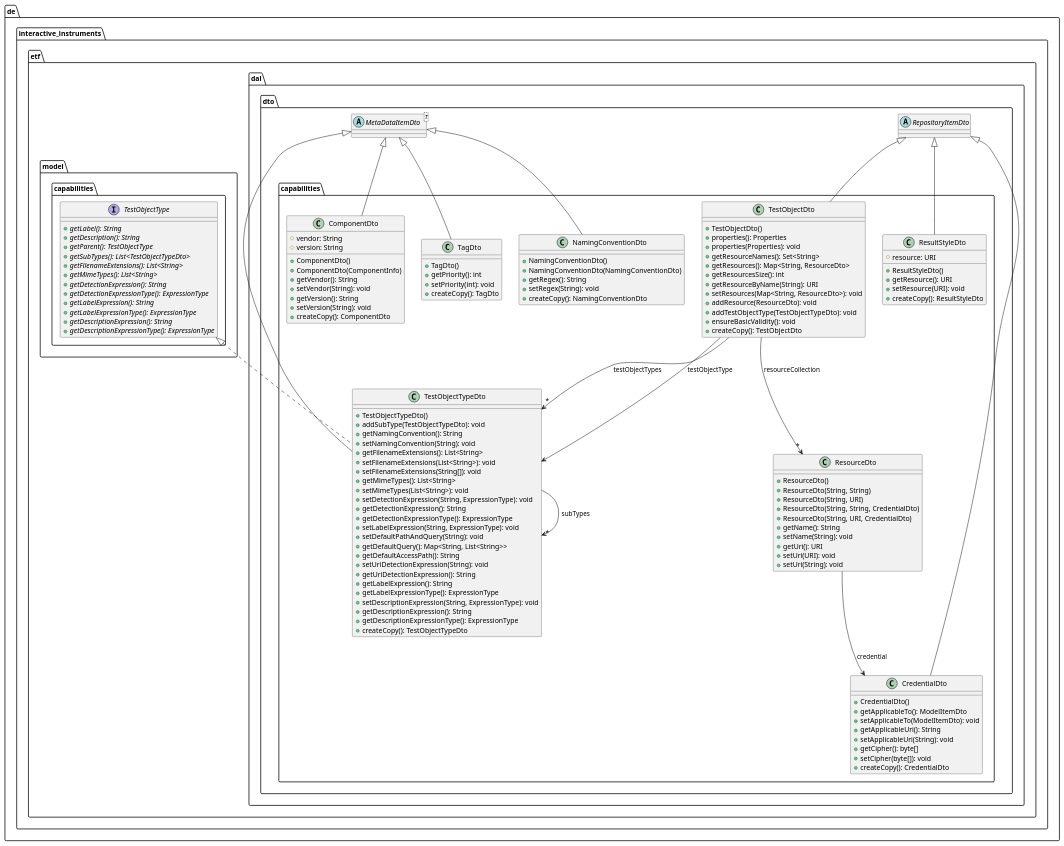
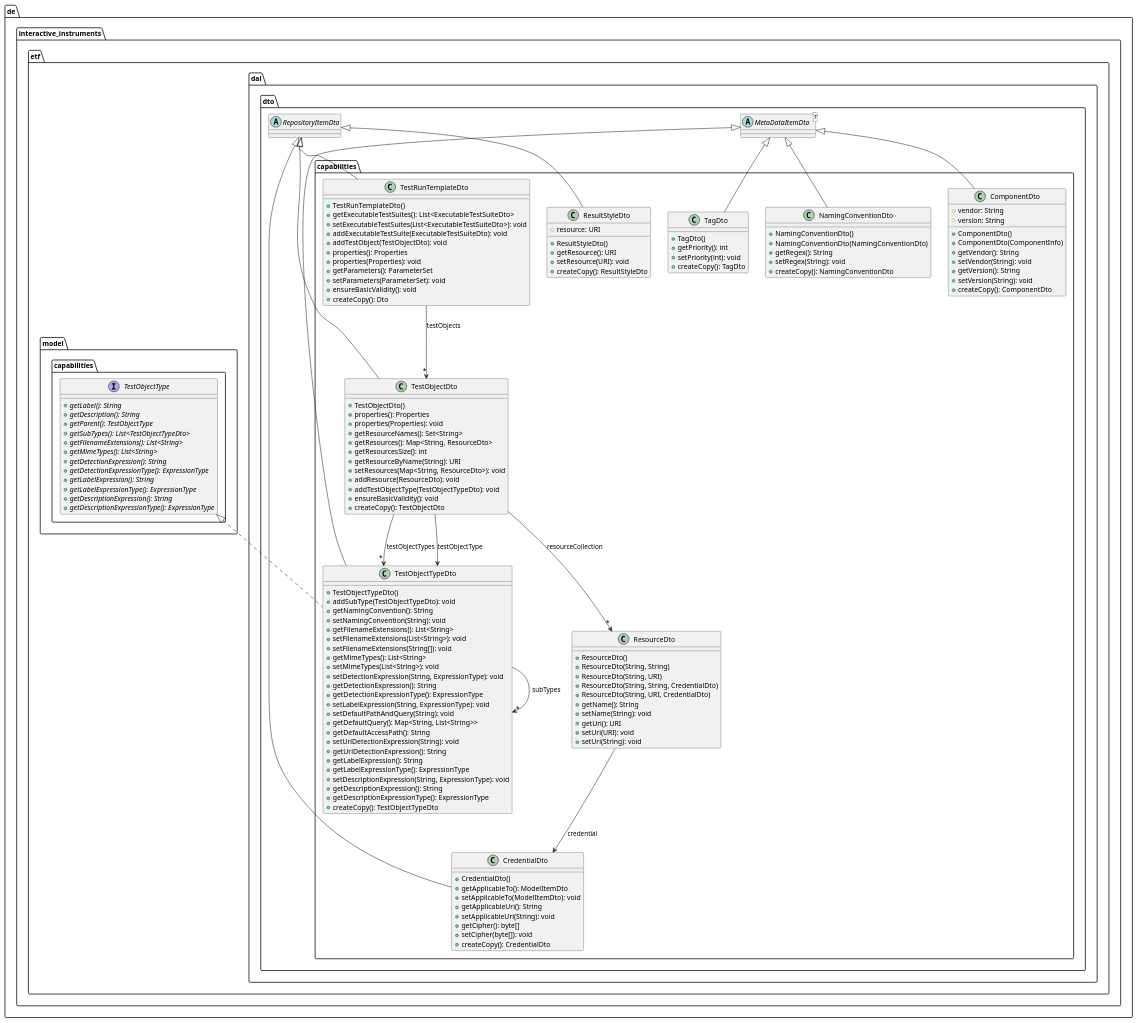
The diagram in docs/javadoc/de/interactive_instruments/etf/dal/dto/capabilities/package.puml (interactive-instruments/etf-core), drawn with PlantUML before and after one commit. The commit also changed 411 other files, not shown here.

```diff
--- a/docs/javadoc/de/interactive_instruments/etf/dal/dto/capabilities/package.puml
+++ b/docs/javadoc/de/interactive_instruments/etf/dal/dto/capabilities/package.puml
@@ -1,150 +1,168 @@
 @startuml
 
     namespace de.interactive_instruments.etf.dal.dto.capabilities {
 
         class TestObjectTypeDto [[TestObjectTypeDto.html]] {
             +TestObjectTypeDto()
             +addSubType(TestObjectTypeDto): void
             +getNamingConvention(): String
             +setNamingConvention(String): void
             +getFilenameExtensions(): List<String>
             +setFilenameExtensions(List<String>): void
             +setFilenameExtensions(String[]): void
             +getMimeTypes(): List<String>
             +setMimeTypes(List<String>): void
             +setDetectionExpression(String, ExpressionType): void
             +getDetectionExpression(): String
             +getDetectionExpressionType(): ExpressionType
             +setLabelExpression(String, ExpressionType): void
             +setDefaultPathAndQuery(String): void
             +getDefaultQuery(): Map<String, List<String>>
             +getDefaultAccessPath(): String
             +setUriDetectionExpression(String): void
             +getUriDetectionExpression(): String
             +getLabelExpression(): String
             +getLabelExpressionType(): ExpressionType
             +setDescriptionExpression(String, ExpressionType): void
             +getDescriptionExpression(): String
             +getDescriptionExpressionType(): ExpressionType
             +createCopy(): TestObjectTypeDto
         }
 
         class TagDto [[TagDto.html]] {
             +TagDto()
             +getPriority(): int
             +setPriority(int): void
             +createCopy(): TagDto
         }
 
         class ResultStyleDto [[ResultStyleDto.html]] {
             #resource: URI
             +ResultStyleDto()
             +getResource(): URI
             +setResource(URI): void
             +createCopy(): ResultStyleDto
         }
 
         class NamingConventionDto [[NamingConventionDto.html]] {
             +NamingConventionDto()
             +NamingConventionDto(NamingConventionDto)
             +getRegex(): String
             +setRegex(String): void
             +createCopy(): NamingConventionDto
         }
 
         class ResourceDto [[ResourceDto.html]] {
             +ResourceDto()
             +ResourceDto(String, String)
             +ResourceDto(String, URI)
             +ResourceDto(String, String, CredentialDto)
             +ResourceDto(String, URI, CredentialDto)
             +getName(): String
             +setName(String): void
             +getUri(): URI
             +setUri(URI): void
             +setUri(String): void
         }
 
         class TestObjectDto [[TestObjectDto.html]] {
             +TestObjectDto()
             +properties(): Properties
             +properties(Properties): void
             +getResourceNames(): Set<String>
             +getResources(): Map<String, ResourceDto>
             +getResourcesSize(): int
             +getResourceByName(String): URI
             +setResources(Map<String, ResourceDto>): void
             +addResource(ResourceDto): void
             +addTestObjectType(TestObjectTypeDto): void
             +ensureBasicValidity(): void
             +createCopy(): TestObjectDto
         }
 
         class CredentialDto [[CredentialDto.html]] {
             +CredentialDto()
             +getApplicableTo(): ModelItemDto
             +setApplicableTo(ModelItemDto): void
             +getApplicableUri(): String
             +setApplicableUri(String): void
             +getCipher(): byte[]
             +setCipher(byte[]): void
             +createCopy(): CredentialDto
         }
 
+        class TestRunTemplateDto [[TestRunTemplateDto.html]] {
+            +TestRunTemplateDto()
+            +getExecutableTestSuites(): List<ExecutableTestSuiteDto>
+            +setExecutableTestSuites(List<ExecutableTestSuiteDto>): void
+            +addExecutableTestSuite(ExecutableTestSuiteDto): void
+            +addTestObject(TestObjectDto): void
+            +properties(): Properties
+            +properties(Properties): void
+            +getParameters(): ParameterSet
+            +setParameters(ParameterSet): void
+            +ensureBasicValidity(): void
+            +createCopy(): Dto
+        }
+
         class ComponentDto [[ComponentDto.html]] {
             #vendor: String
             #version: String
             +ComponentDto()
             +ComponentDto(ComponentInfo)
             +getVendor(): String
             +setVendor(String): void
             +getVersion(): String
             +setVersion(String): void
             +createCopy(): ComponentDto
         }
 
         abstract class de.interactive_instruments.etf.dal.dto.MetaDataItemDto<T>
         de.interactive_instruments.etf.dal.dto.MetaDataItemDto <|-- TestObjectTypeDto
 
         interface de.interactive_instruments.etf.model.capabilities.TestObjectType {
             {abstract} +getLabel(): String
             {abstract} +getDescription(): String
             {abstract} +getParent(): TestObjectType
             {abstract} +getSubTypes(): List<TestObjectTypeDto>
             {abstract} +getFilenameExtensions(): List<String>
             {abstract} +getMimeTypes(): List<String>
             {abstract} +getDetectionExpression(): String
             {abstract} +getDetectionExpressionType(): ExpressionType
             {abstract} +getLabelExpression(): String
             {abstract} +getLabelExpressionType(): ExpressionType
             {abstract} +getDescriptionExpression(): String
             {abstract} +getDescriptionExpressionType(): ExpressionType
         }
         de.interactive_instruments.etf.model.capabilities.TestObjectType <|.. TestObjectTypeDto
 
         de.interactive_instruments.etf.dal.dto.MetaDataItemDto <|-- TagDto
 
         abstract class de.interactive_instruments.etf.dal.dto.RepositoryItemDto
         de.interactive_instruments.etf.dal.dto.RepositoryItemDto <|-- ResultStyleDto
 
         de.interactive_instruments.etf.dal.dto.MetaDataItemDto <|-- NamingConventionDto
 
         de.interactive_instruments.etf.dal.dto.RepositoryItemDto <|-- TestObjectDto
 
         de.interactive_instruments.etf.dal.dto.RepositoryItemDto <|-- CredentialDto
 
+        de.interactive_instruments.etf.dal.dto.RepositoryItemDto <|-- TestRunTemplateDto
+
         de.interactive_instruments.etf.dal.dto.MetaDataItemDto <|-- ComponentDto
 
         TestObjectTypeDto --> "*" TestObjectTypeDto: subTypes
 
         ResourceDto --> CredentialDto: credential
 
         TestObjectDto --> "*" TestObjectTypeDto: testObjectTypes
 
         TestObjectDto --> TestObjectTypeDto: testObjectType
 
         TestObjectDto --> "*" ResourceDto: resourceCollection
 
+        TestRunTemplateDto --> "*" TestObjectDto: testObjects
+
     }
 
 @enduml
```
